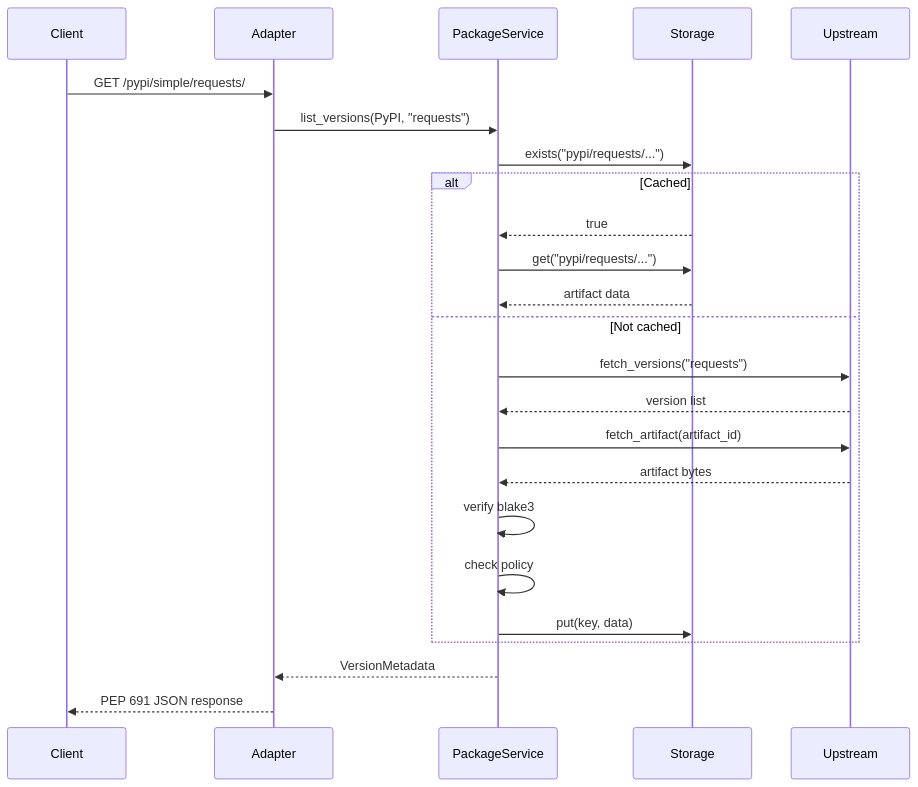
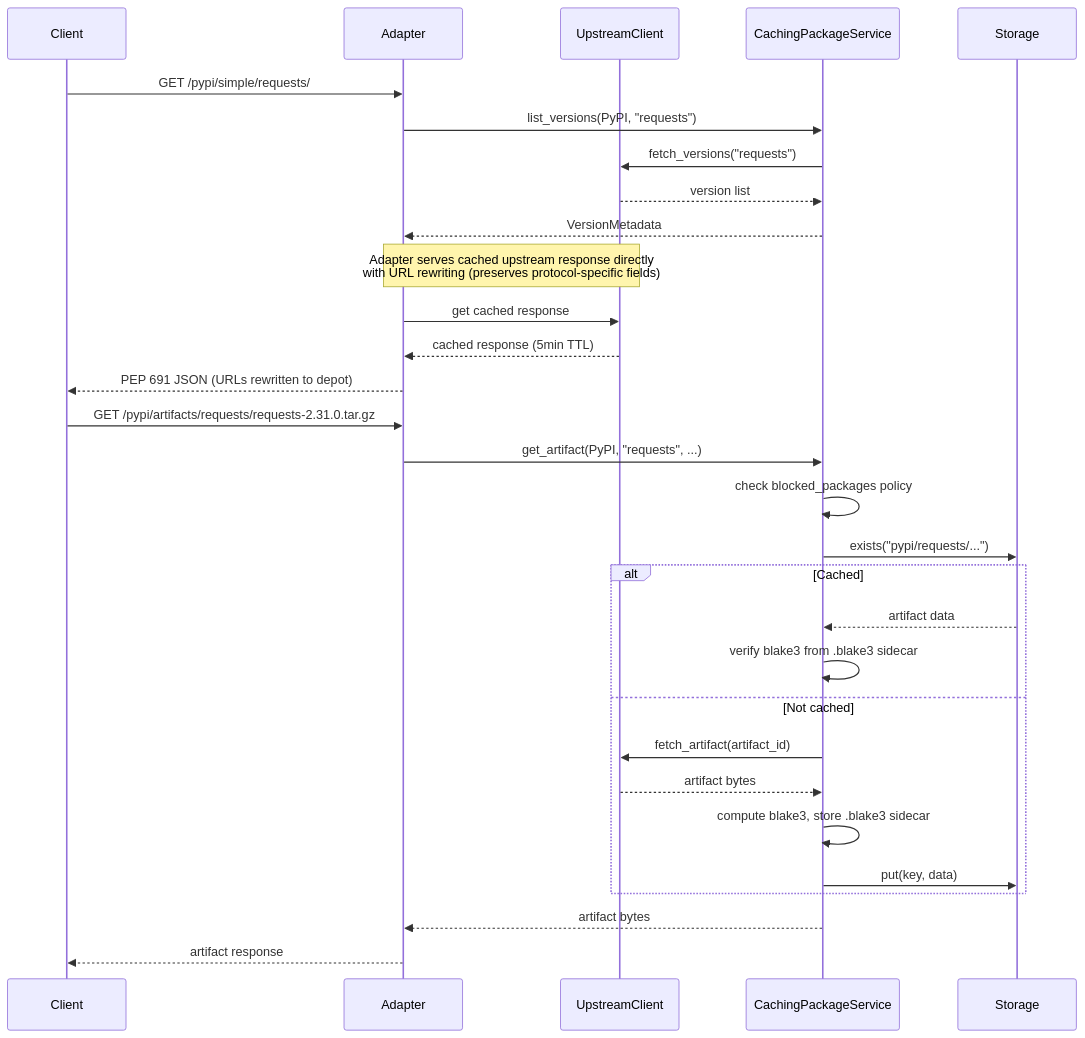
Before and after one commit to Goldziher/depot: the second of 3 diagrams in docs/architecture.md, drawn with Mermaid. The commit also changed other lines of this file and 43 other files, not shown here.

First line of the commit message:
feat: implement all protocol adapters with pull-through caching

````diff
--- a/docs/architecture.md
+++ b/docs/architecture.md
@@ -86,29 +92,38 @@
 ```mermaid
 sequenceDiagram
     participant Client
     participant Adapter
-    participant PackageService
+    participant UpstreamClient
+    participant CachingPackageService
     participant Storage
-    participant Upstream
 
     Client->>Adapter: GET /pypi/simple/requests/
-    Adapter->>PackageService: list_versions(PyPI, "requests")
+    Adapter->>CachingPackageService: list_versions(PyPI, "requests")
+    CachingPackageService->>UpstreamClient: fetch_versions("requests")
+    UpstreamClient-->>CachingPackageService: version list
+    CachingPackageService-->>Adapter: VersionMetadata
 
-    PackageService->>Storage: exists("pypi/requests/...")
+    Note over Adapter,UpstreamClient: Adapter serves cached upstream response directly<br/>with URL rewriting (preserves protocol-specific fields)
+
+    Adapter->>UpstreamClient: get cached response
+    UpstreamClient-->>Adapter: cached response (5min TTL)
+    Adapter-->>Client: PEP 691 JSON (URLs rewritten to depot)
+
+    Client->>Adapter: GET /pypi/artifacts/requests/requests-2.31.0.tar.gz
+    Adapter->>CachingPackageService: get_artifact(PyPI, "requests", ...)
+
+    CachingPackageService->>CachingPackageService: check blocked_packages policy
+    CachingPackageService->>Storage: exists("pypi/requests/...")
     alt Cached
-        Storage-->>PackageService: true
-        PackageService->>Storage: get("pypi/requests/...")
-        Storage-->>PackageService: artifact data
+        Storage-->>CachingPackageService: artifact data
+        CachingPackageService->>CachingPackageService: verify blake3 from .blake3 sidecar
     else Not cached
-        PackageService->>Upstream: fetch_versions("requests")
-        Upstream-->>PackageService: version list
-        PackageService->>Upstream: fetch_artifact(artifact_id)
-        Upstream-->>PackageService: artifact bytes
-        PackageService->>PackageService: verify blake3
-        PackageService->>PackageService: check policy
-        PackageService->>Storage: put(key, data)
+        CachingPackageService->>UpstreamClient: fetch_artifact(artifact_id)
+        UpstreamClient-->>CachingPackageService: artifact bytes
+        CachingPackageService->>CachingPackageService: compute blake3, store .blake3 sidecar
+        CachingPackageService->>Storage: put(key, data)
     end
 
-    PackageService-->>Adapter: VersionMetadata
-    Adapter-->>Client: PEP 691 JSON response
+    CachingPackageService-->>Adapter: artifact bytes
+    Adapter-->>Client: artifact response
 ```
````
